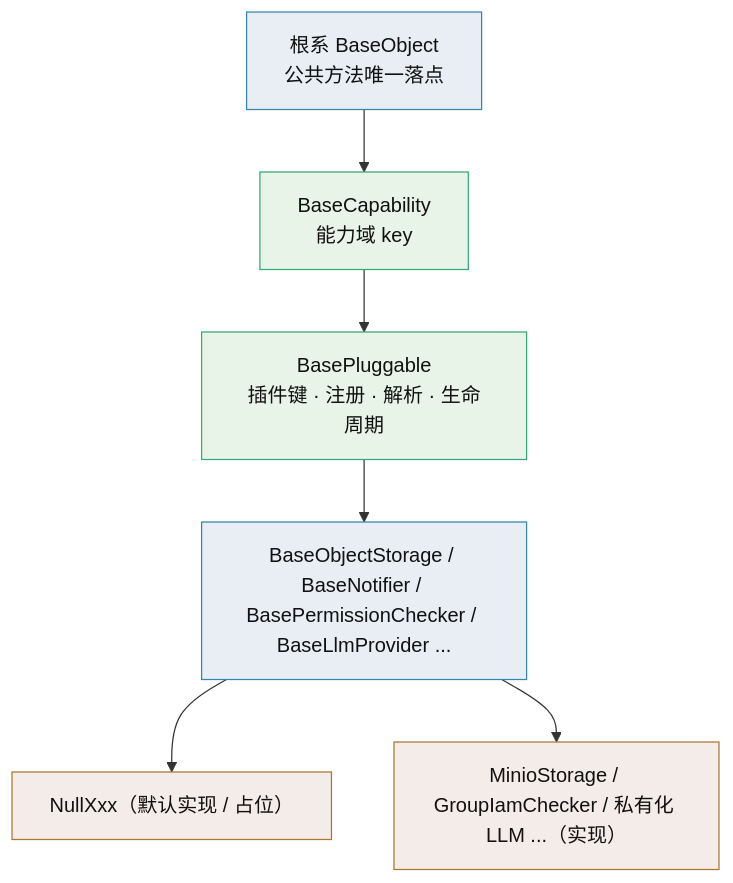
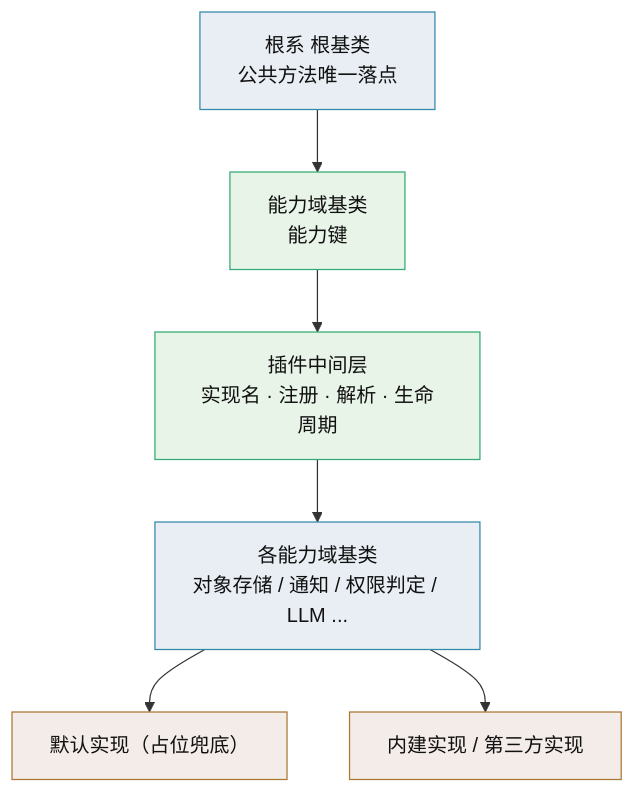
Before and after one commit to minjian123/basic-management-system: the second of 4 diagrams in bms文档/设计/架构设计/10_架构设计_子系统_扩展点与插件化.md, drawn with Mermaid. The commit also changed other lines of this file and 18 other files, not shown here.

````diff
--- a/bms文档/设计/架构设计/10_架构设计_子系统_扩展点与插件化.md
+++ b/bms文档/设计/架构设计/10_架构设计_子系统_扩展点与插件化.md
@@ -76,13 +78,13 @@
 ```mermaid
 flowchart TD
-    根系["根系 BaseObject<br/>公共方法唯一落点"]:::l0 --> CAP["BaseCapability<br/>能力域 key"]:::l1
-    CAP --> PLG["BasePluggable<br/>插件键 · 注册 · 解析 · 生命周期"]:::l2
-    PLG --> C1["BaseObjectStorage / BaseNotifier / BasePermissionChecker / BaseLlmProvider ..."]:::c
-    C1 --> N["NullXxx（默认实现 / 占位）"]:::i
-    C1 --> IMPL["MinioStorage / GroupIamChecker / 私有化 LLM ...（实现）"]:::i
+    根系["根系 根基类<br/>公共方法唯一落点"]:::l0 --> CAP["能力域基类<br/>能力键"]:::l1
+    CAP --> PLG["插件中间层<br/>实现名 · 注册 · 解析 · 生命周期"]:::l2
+    PLG --> C1["各能力域基类<br/>对象存储 / 通知 / 权限判定 / LLM ..."]:::c
+    C1 --> N["默认实现（占位兜底）"]:::i
+    C1 --> IMPL["内建实现 / 第三方实现"]:::i
     classDef l0 fill:#e8eef4,stroke:#38a,color:#111
     classDef l1 fill:#e8f4e8,stroke:#3a7,color:#111
     classDef l2 fill:#e8f4e8,stroke:#3a7,color:#111
     classDef c fill:#e8eef4,stroke:#38a,color:#111
     classDef i fill:#f4ece8,stroke:#a73,color:#111
 ```
````
